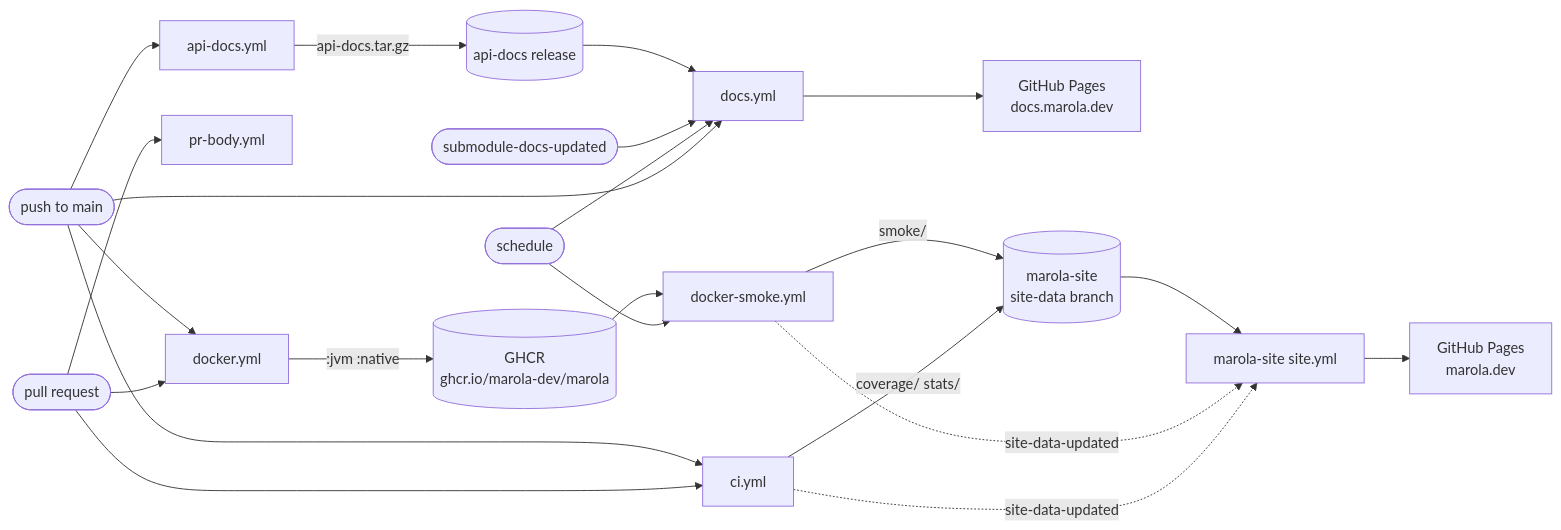
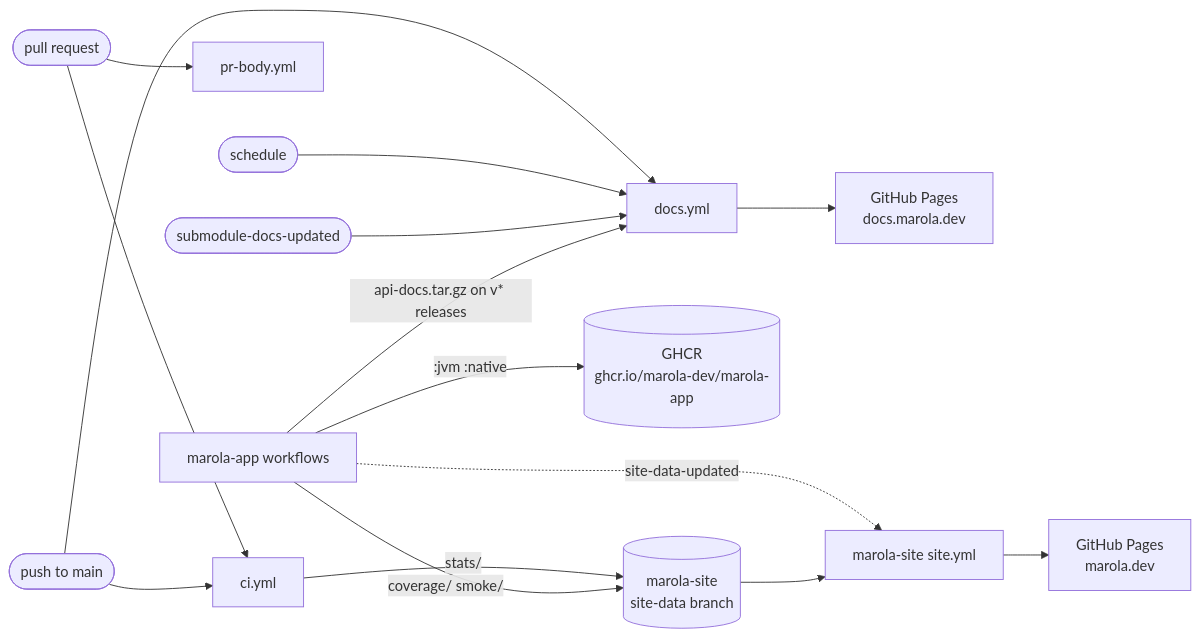
One commit to marola-dev/marola changed the first of 2 diagrams in docs/3-Working-on-the-repo/CI-CD.md. Above: the diagram before and after it, drawn with Mermaid. The commit also changed other lines of this file and 10 other files, not shown here.

First line of the commit message:
docs: the app's rules, commands and workflows are marola-app's

````diff
--- a/docs/3-Working-on-the-repo/CI-CD.md
+++ b/docs/3-Working-on-the-repo/CI-CD.md
@@ -14,24 +14,17 @@
 ```mermaid
 flowchart LR
   pr([pull request]) --> ci[ci.yml]
-  pr --> dk[docker.yml]
   pr --> body[pr-body.yml]
   main([push to main]) --> ci
-  main --> api[api-docs.yml]
-  main --> dk
   main --> docs[docs.yml]
   cron([schedule]) --> docs
-  cron --> smoke[docker-smoke.yml]
   sub([submodule-docs-updated]) --> docs
-  dk -- ":jvm :native" --> ghcr[(GHCR<br/>ghcr.io/marola-dev/marola)]
-  ghcr --> smoke
-  api -- "api-docs.tar.gz" --> rel[(api-docs release)]
-  rel --> docs
+  app[marola-app workflows] -- ":jvm :native" --> ghcr[(GHCR<br/>ghcr.io/marola-dev/marola-app)]
+  app -- "api-docs.tar.gz on v* releases" --> docs
   docs --> dpages[GitHub Pages<br/>docs.marola.dev]
-  ci -- "coverage/ stats/" --> sd[(marola-site<br/>site-data branch)]
-  smoke -- "smoke/" --> sd
-  ci -. site-data-updated .-> site[marola-site site.yml]
-  smoke -. site-data-updated .-> site
+  ci -- "stats/" --> sd[(marola-site<br/>site-data branch)]
+  app -- "coverage/ smoke/" --> sd
+  app -. site-data-updated .-> site[marola-site site.yml]
   sd --> site
   site --> pages[GitHub Pages<br/>marola.dev]
 ```
````
